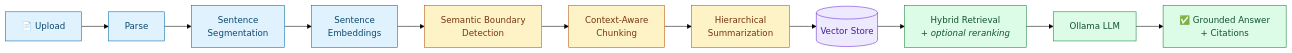
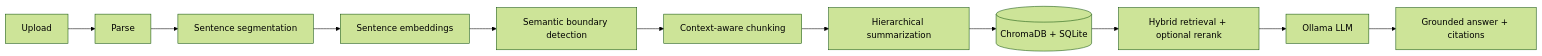
Before and after one commit to RoBiul-Hasan-Jisan/SemantiKB: the diagram in README.md, drawn with Mermaid (forest theme). The commit also changed other lines of this file and 9 other files, not shown here.

````diff
--- a/README.md
+++ b/README.md
@@ -9,23 +34,13 @@
 ```mermaid
 flowchart LR
-    A[📄 Upload] --> B[Parse]
-    B --> C[Sentence<br/>Segmentation]
-    C --> D[Sentence<br/>Embeddings]
-    D --> E[Semantic Boundary<br/>Detection]
-    E --> F[Context-Aware<br/>Chunking]
-    F --> G[Hierarchical<br/>Summarization]
-    G --> H[(Vector Store)]
-    H --> I[Hybrid Retrieval<br/><i>+ optional reranking</i>]
+    A[Upload] --> B[Parse]
+    B --> C[Sentence segmentation]
+    C --> D[Sentence embeddings]
+    D --> E[Semantic boundary detection]
+    E --> F[Context-aware chunking]
+    F --> G[Hierarchical summarization]
+    G --> H[(ChromaDB + SQLite)]
+    H --> I[Hybrid retrieval + optional rerank]
     I --> J[Ollama LLM]
-    J --> K[✅ Grounded Answer<br/>+ Citations]
-
-    classDef ingest fill:#e0f2fe,stroke:#0369a1,stroke-width:1px,color:#0c4a6e
-    classDef chunk fill:#fef3c7,stroke:#b45309,stroke-width:1px,color:#78350f
-    classDef store fill:#ede9fe,stroke:#6d28d9,stroke-width:1px,color:#4c1d95
-    classDef answer fill:#dcfce7,stroke:#15803d,stroke-width:1px,color:#14532d
-
-    class A,B,C,D ingest
-    class E,F,G chunk
-    class H store
-    class I,J,K answer
+    J --> K[Grounded answer + citations]
 ```
````
